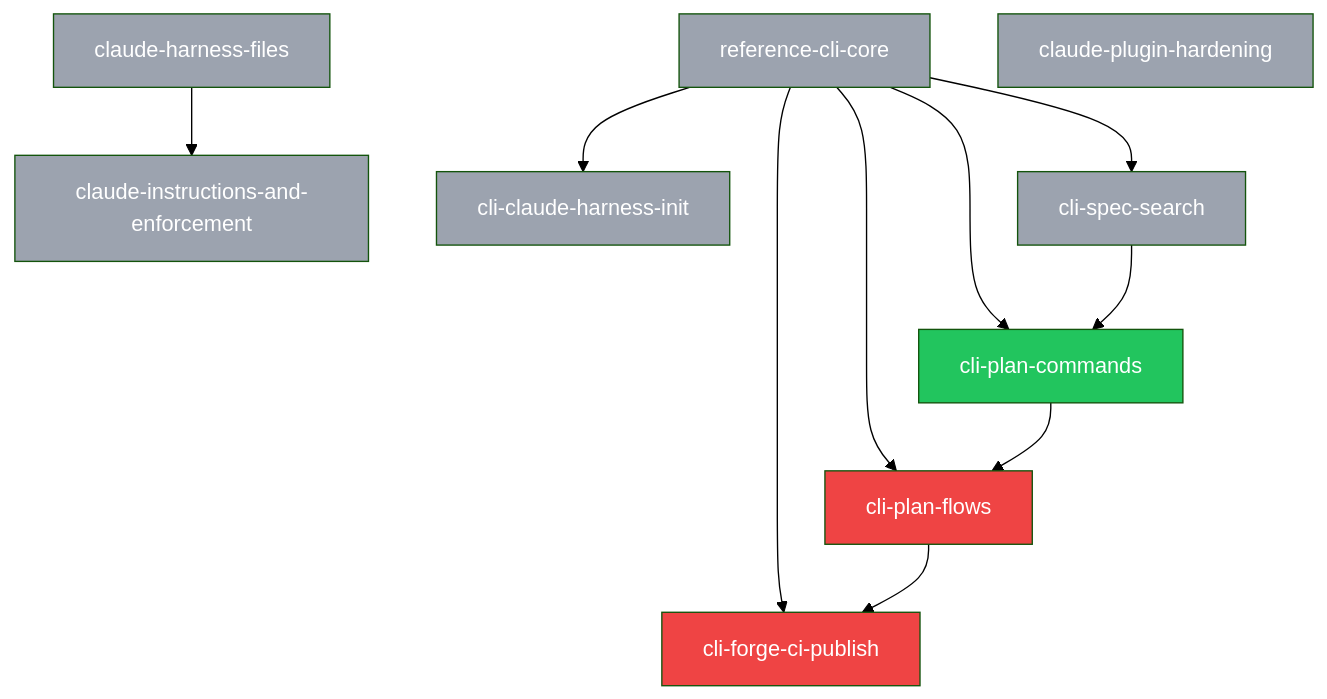
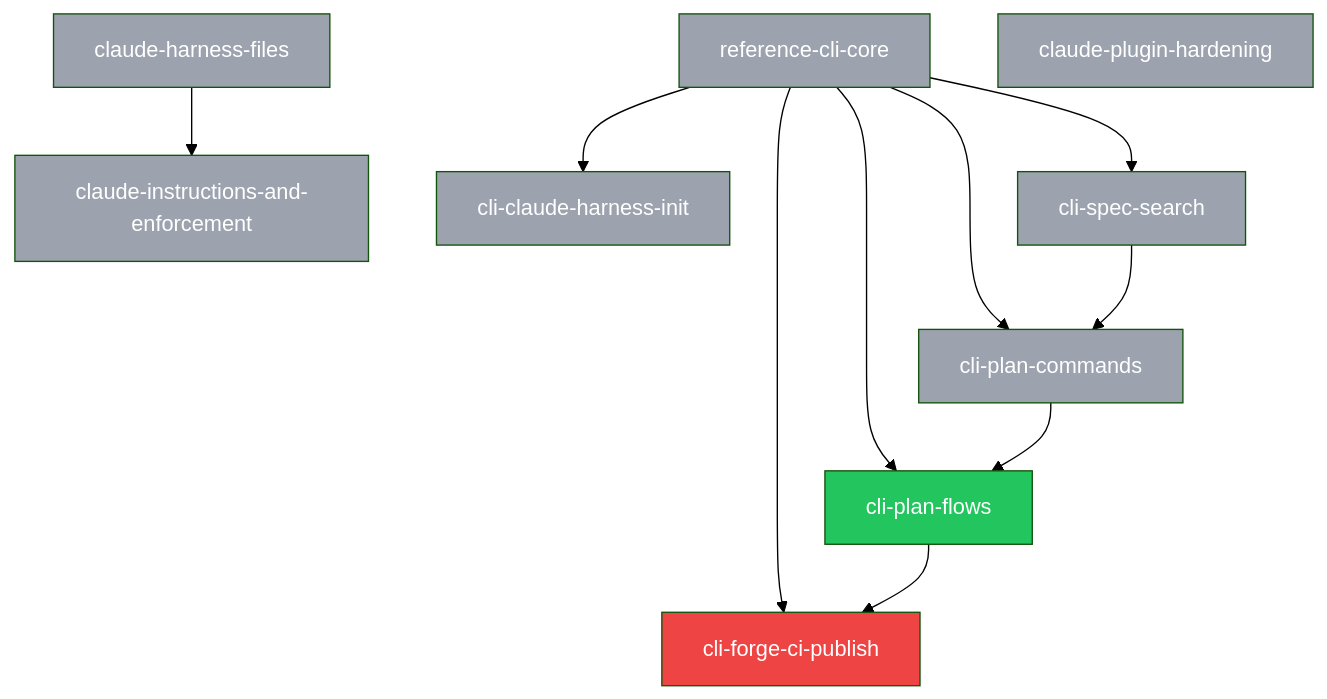
The diagram in plans/PLANS.md (SpiralSky/specplane), drawn with Mermaid (forest theme) before and after one commit. The commit also changed other lines of this file and 9 other files, not shown here.

First line of the commit message:
chore(specplane): finish 2026-10-29-cli-plan-commands

````diff
--- a/plans/PLANS.md
+++ b/plans/PLANS.md
@@ -26,28 +26,28 @@
 ```mermaid
 graph TD
     p_2026_10_28_reference_cli_core[reference-cli-core]:::done
     p_2026_10_29_claude_harness_files[claude-harness-files]:::done
     p_2026_10_29_claude_instructions_and_enforcement[claude-instructions-and-enforcement]:::done
     p_2026_10_29_claude_plugin_hardening[claude-plugin-hardening]:::done
     p_2026_10_29_cli_claude_harness_init[cli-claude-harness-init]:::done
     p_2026_10_29_cli_forge_ci_publish[cli-forge-ci-publish]:::blocked
-    p_2026_10_29_cli_plan_commands[cli-plan-commands]:::ready
-    p_2026_10_29_cli_plan_flows[cli-plan-flows]:::blocked
+    p_2026_10_29_cli_plan_commands[cli-plan-commands]:::done
+    p_2026_10_29_cli_plan_flows[cli-plan-flows]:::ready
     p_2026_10_29_cli_spec_search[cli-spec-search]:::done
     p_2026_10_29_claude_harness_files --> p_2026_10_29_claude_instructions_and_enforcement
     p_2026_10_28_reference_cli_core --> p_2026_10_29_cli_claude_harness_init
     p_2026_10_28_reference_cli_core --> p_2026_10_29_cli_forge_ci_publish
     p_2026_10_29_cli_plan_flows --> p_2026_10_29_cli_forge_ci_publish
     p_2026_10_28_reference_cli_core --> p_2026_10_29_cli_plan_commands
     p_2026_10_29_cli_spec_search --> p_2026_10_29_cli_plan_commands
     p_2026_10_28_reference_cli_core --> p_2026_10_29_cli_plan_flows
     p_2026_10_29_cli_plan_commands --> p_2026_10_29_cli_plan_flows
     p_2026_10_28_reference_cli_core --> p_2026_10_29_cli_spec_search
     classDef draft fill:#f9fafb,color:#374151,stroke:#d1d5db
     classDef ready fill:#22c55e,color:#fff
     classDef blocked fill:#ef4444,color:#fff
     classDef in_progress fill:#3b82f6,color:#fff
     classDef review fill:#60a5fa,color:#fff
     classDef done fill:#9ca3af,color:#fff
     classDef abandoned fill:#9ca3af,color:#fff,text-decoration:line-through
 ```
````
